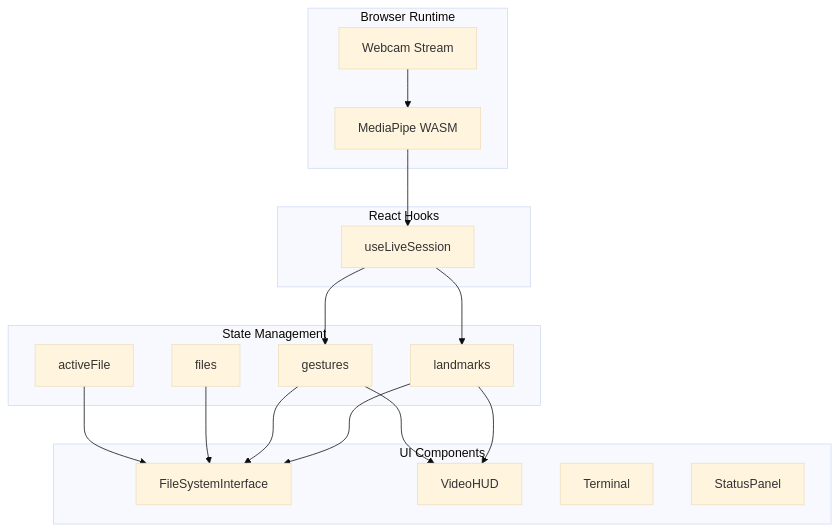
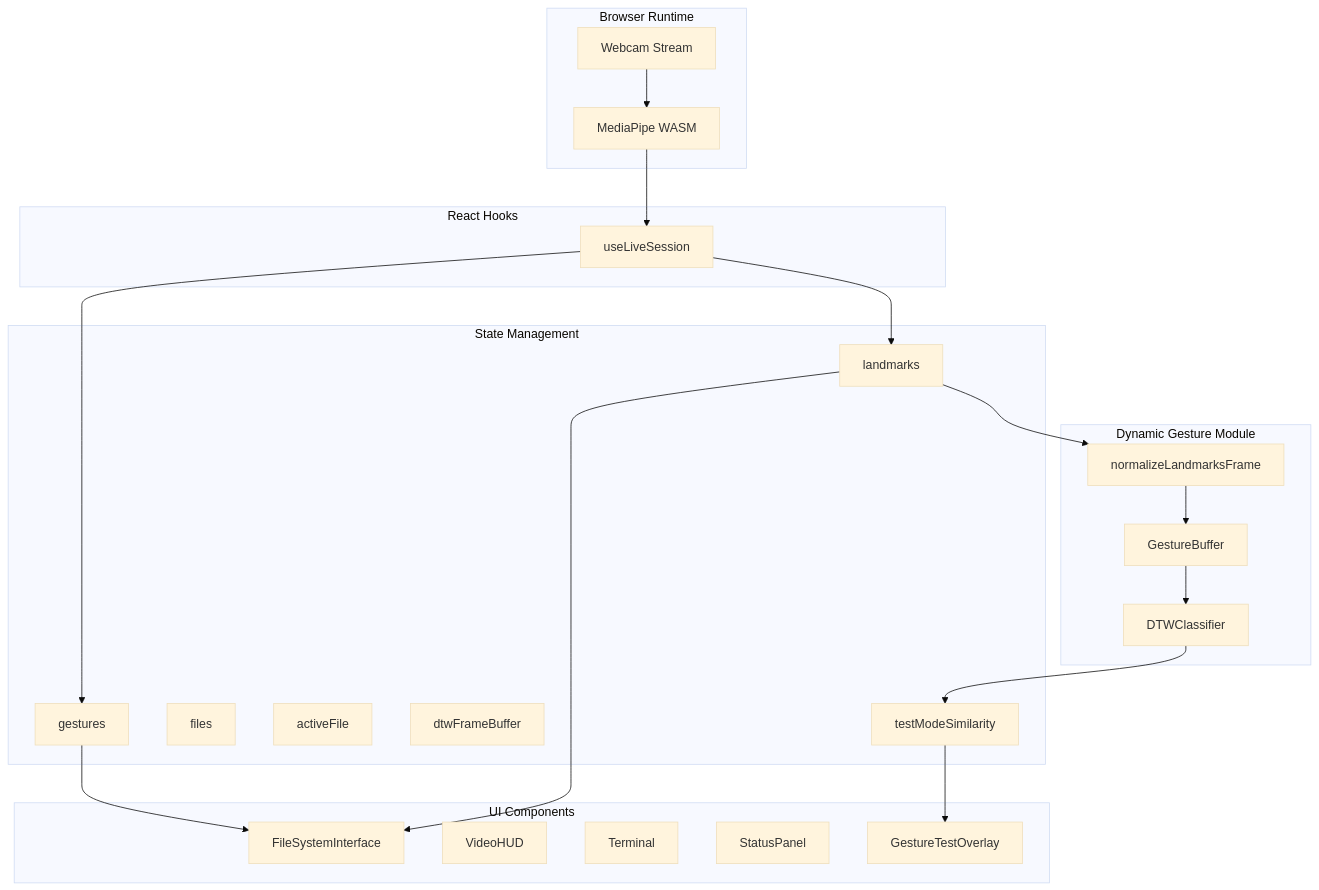
The second of 2 diagrams in README.md (xinhuagu/MotionFlow-Development), drawn with Mermaid (base theme) before and after one commit. The commit also changed other lines of this file and 12 other files, not shown here.

First line of the commit message:
feat: Add DTW dynamic gesture recognition and Gesture Test Mode

````diff
--- a/README.md
+++ b/README.md
@@ -129,36 +204,46 @@
 ```mermaid
 graph TB
     subgraph Browser["Browser Runtime"]
         CAM[Webcam Stream]
         MP[MediaPipe WASM]
     end
 
     subgraph Hooks["React Hooks"]
         H1[useLiveSession]
     end
 
+    subgraph DynamicGesture["Dynamic Gesture Module"]
+        DG1[DTWClassifier]
+        DG2[GestureBuffer]
+        DG3[normalizeLandmarksFrame]
+    end
+
     subgraph State["State Management"]
         S1[landmarks]
         S2[gestures]
         S3[files]
         S4[activeFile]
+        S5[dtwFrameBuffer]
+        S6[testModeSimilarity]
     end
 
     subgraph UI["UI Components"]
         C1[FileSystemInterface]
         C2[VideoHUD]
         C3[Terminal]
         C4[StatusPanel]
+        C5[GestureTestOverlay]
     end
 
     CAM --> MP
     MP --> H1
     H1 --> S1
     H1 --> S2
+    S1 --> DG3
+    DG3 --> DG2
+    DG2 --> DG1
+    DG1 --> S6
     S1 --> C1
     S2 --> C1
-    S3 --> C1
-    S4 --> C1
-    S1 --> C2
-    S2 --> C2
+    S6 --> C5
 ```
````
